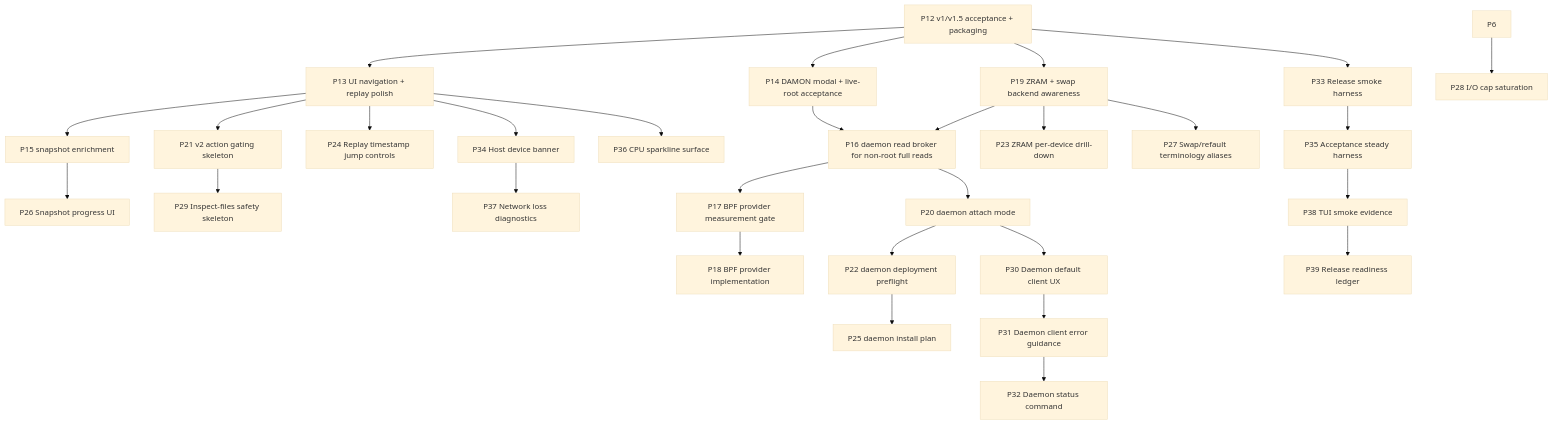
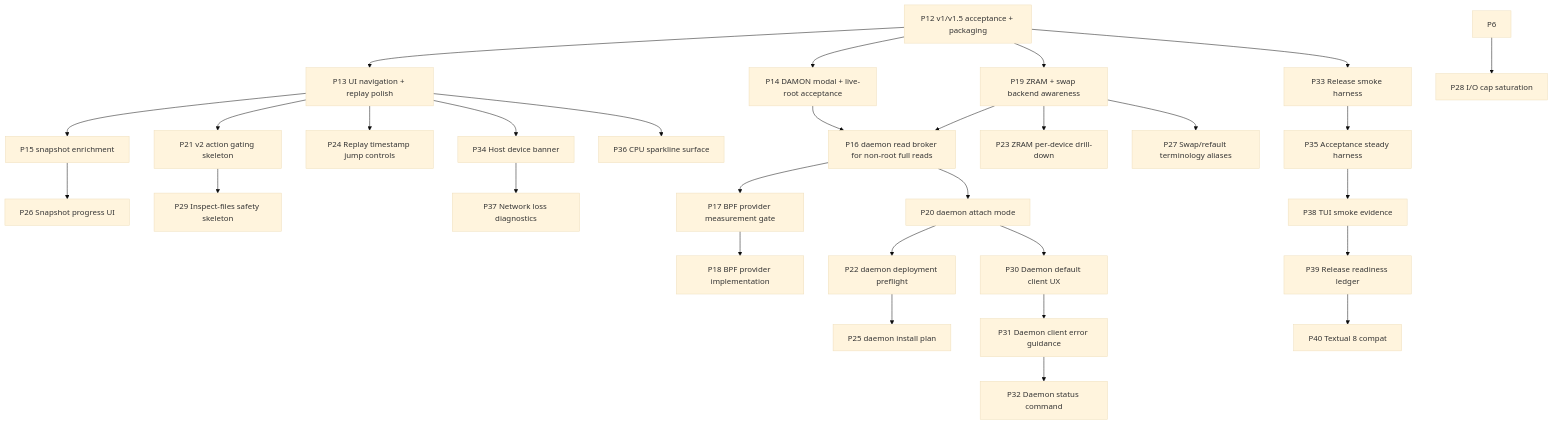
Before and after one commit to volkb79-2/vbpub: the diagram in groop/docs/ROADMAP.md, drawn with Mermaid (base theme). The commit also changed other lines of this file and 6 other files, not shown here.

````diff
--- a/groop/docs/ROADMAP.md
+++ b/groop/docs/ROADMAP.md
@@ -27,31 +27,32 @@
 ```mermaid
 flowchart TD
     P12[P12 v1/v1.5 acceptance + packaging] --> P13[P13 UI navigation + replay polish]
     P12 --> P14[P14 DAMON modal + live-root acceptance]
     P13 --> P15[P15 snapshot enrichment]
     P12 --> P19[P19 ZRAM + swap backend awareness]
     P19 --> P16[P16 daemon read broker for non-root full reads]
     P14 --> P16
     P16 --> P17[P17 BPF provider measurement gate]
     P17 --> P18[P18 BPF provider implementation]
     P16 --> P20[P20 daemon attach mode]
     P20 --> P22[P22 daemon deployment preflight]
     P22 --> P25[P25 daemon install plan]
     P13 --> P21[P21 v2 action gating skeleton]
     P19 --> P23[P23 ZRAM per-device drill-down]
     P13 --> P24[P24 Replay timestamp jump controls]
     P15 --> P26[P26 Snapshot progress UI]
     P19 --> P27[P27 Swap/refault terminology aliases]
     P6 --> P28[P28 I/O cap saturation]
     P21 --> P29[P29 Inspect-files safety skeleton]
     P20 --> P30[P30 Daemon default client UX]
     P30 --> P31[P31 Daemon client error guidance]
     P31 --> P32[P32 Daemon status command]
     P12 --> P33[P33 Release smoke harness]
     P33 --> P35[P35 Acceptance steady harness]
     P13 --> P34[P34 Host device banner]
     P13 --> P36[P36 CPU sparkline surface]
     P34 --> P37[P37 Network loss diagnostics]
     P35 --> P38[P38 TUI smoke evidence]
     P38 --> P39[P39 Release readiness ledger]
+    P39 --> P40[P40 Textual 8 compat]
 ```
````
